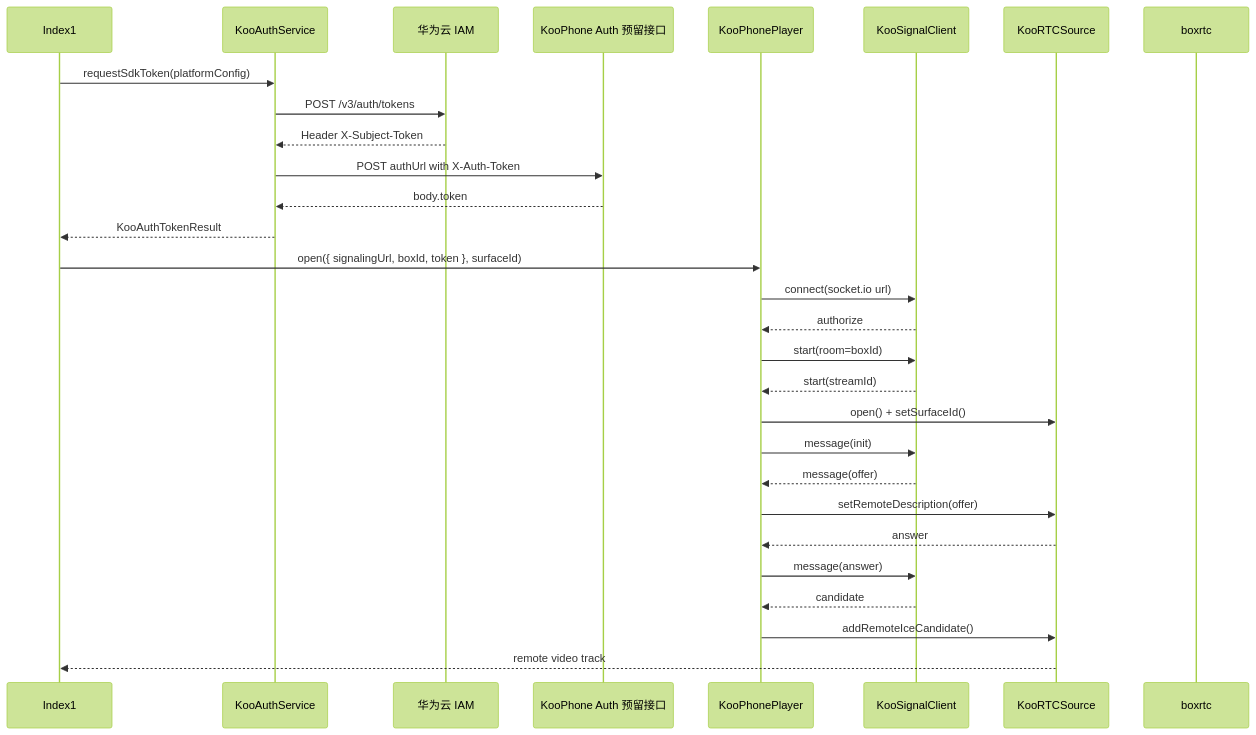
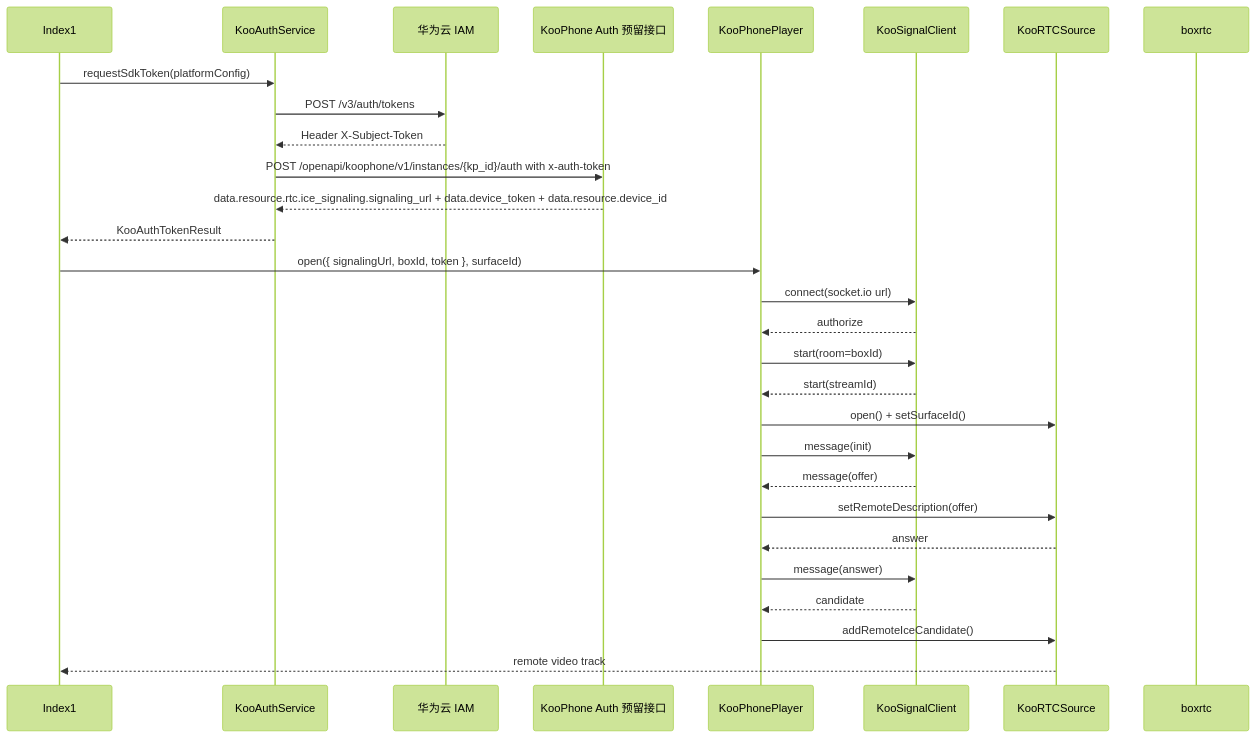
Before and after one commit to worry-bit/livekit: the second of 2 diagrams in docs/koophone-live-debug-guide.md, drawn with Mermaid (forest theme). The commit also changed other lines of this file and 19 other files, not shown here.

Commit message:
feat: parse koophone instance auth response

````diff
--- a/docs/koophone-live-debug-guide.md
+++ b/docs/koophone-live-debug-guide.md
@@ -84,32 +84,32 @@
 ```mermaid
 sequenceDiagram
   participant UI as Index1
   participant Auth as KooAuthService
   participant IAM as 华为云 IAM
   participant KAuth as KooPhone Auth 预留接口
   participant Player as KooPhonePlayer
   participant Signal as KooSignalClient
   participant RTC as KooRTCSource
   participant Cloud as boxrtc
 
   UI->>Auth: requestSdkToken(platformConfig)
   Auth->>IAM: POST /v3/auth/tokens
   IAM-->>Auth: Header X-Subject-Token
-  Auth->>KAuth: POST authUrl with X-Auth-Token
-  KAuth-->>Auth: body.token
+  Auth->>KAuth: POST /openapi/koophone/v1/instances/{kp_id}/auth with x-auth-token
+  KAuth-->>Auth: data.resource.rtc.ice_signaling.signaling_url + data.device_token + data.resource.device_id
   Auth-->>UI: KooAuthTokenResult
   UI->>Player: open({ signalingUrl, boxId, token }, surfaceId)
   Player->>Signal: connect(socket.io url)
   Signal-->>Player: authorize
   Player->>Signal: start(room=boxId)
   Signal-->>Player: start(streamId)
   Player->>RTC: open() + setSurfaceId()
   Player->>Signal: message(init)
   Signal-->>Player: message(offer)
   Player->>RTC: setRemoteDescription(offer)
   RTC-->>Player: answer
   Player->>Signal: message(answer)
   Signal-->>Player: candidate
   Player->>RTC: addRemoteIceCandidate()
   RTC-->>UI: remote video track
 ```
````
